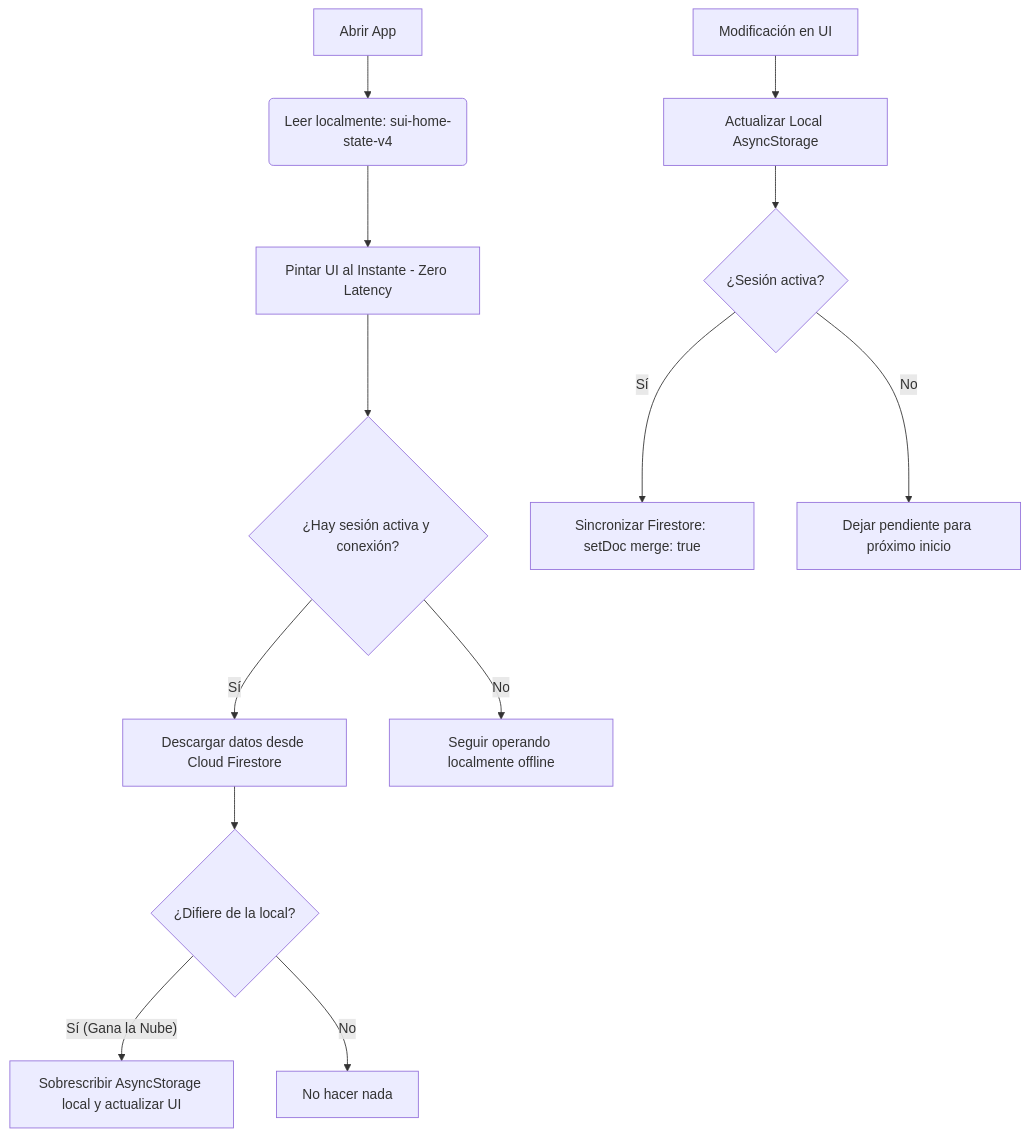
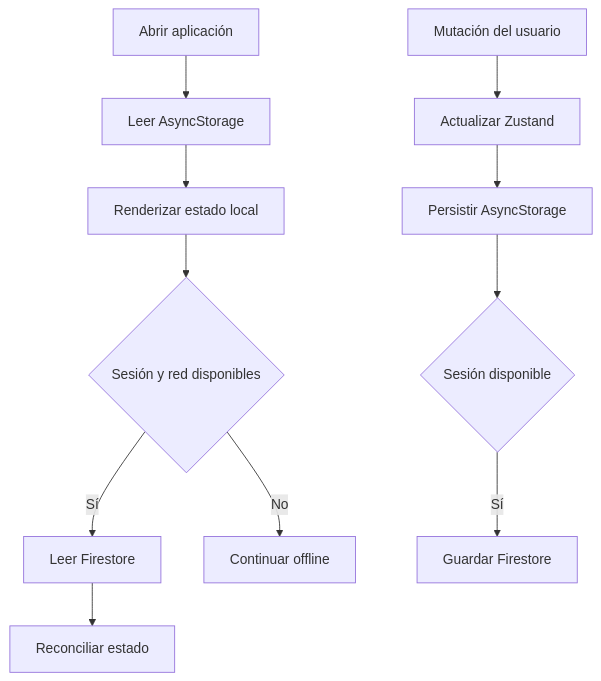
The diagram in docs/explanation/architecture.md (MiguelSalmeron/SUI), drawn with Mermaid before and after one commit. The commit also changed other lines of this file and 26 other files, not shown here.

````diff
--- a/docs/explanation/architecture.md
+++ b/docs/explanation/architecture.md
@@ -34,16 +72,13 @@
 ```mermaid
-graph TD;
-    A[Abrir App] --> B(Leer localmente: sui-home-state-v4)
-    B --> C[Pintar UI al Instante - Zero Latency]
-    C --> D{¿Hay sesión activa y conexión?}
-    D -- Sí --> E[Descargar datos desde Cloud Firestore]
-    E --> F{¿Difiere de la local?}
-    F -- Sí (Gana la Nube) --> G[Sobrescribir AsyncStorage local y actualizar UI]
-    F -- No --> H[No hacer nada]
-    D -- No --> I[Seguir operando localmente offline]
-    
-    J[Modificación en UI] --> K[Actualizar Local AsyncStorage]
-    K --> L{¿Sesión activa?}
-    L -- Sí --> M[Sincronizar Firestore: setDoc merge: true]
-    L -- No --> N[Dejar pendiente para próximo inicio]
+graph TD
+    A[Abrir aplicación] --> B[Leer AsyncStorage]
+    B --> C[Renderizar estado local]
+    C --> D{Sesión y red disponibles}
+    D -- Sí --> E[Leer Firestore]
+    E --> F[Reconciliar estado]
+    D -- No --> G[Continuar offline]
+    H[Mutación del usuario] --> I[Actualizar Zustand]
+    I --> J[Persistir AsyncStorage]
+    J --> K{Sesión disponible}
+    K -- Sí --> L[Guardar Firestore]
 ```
````
